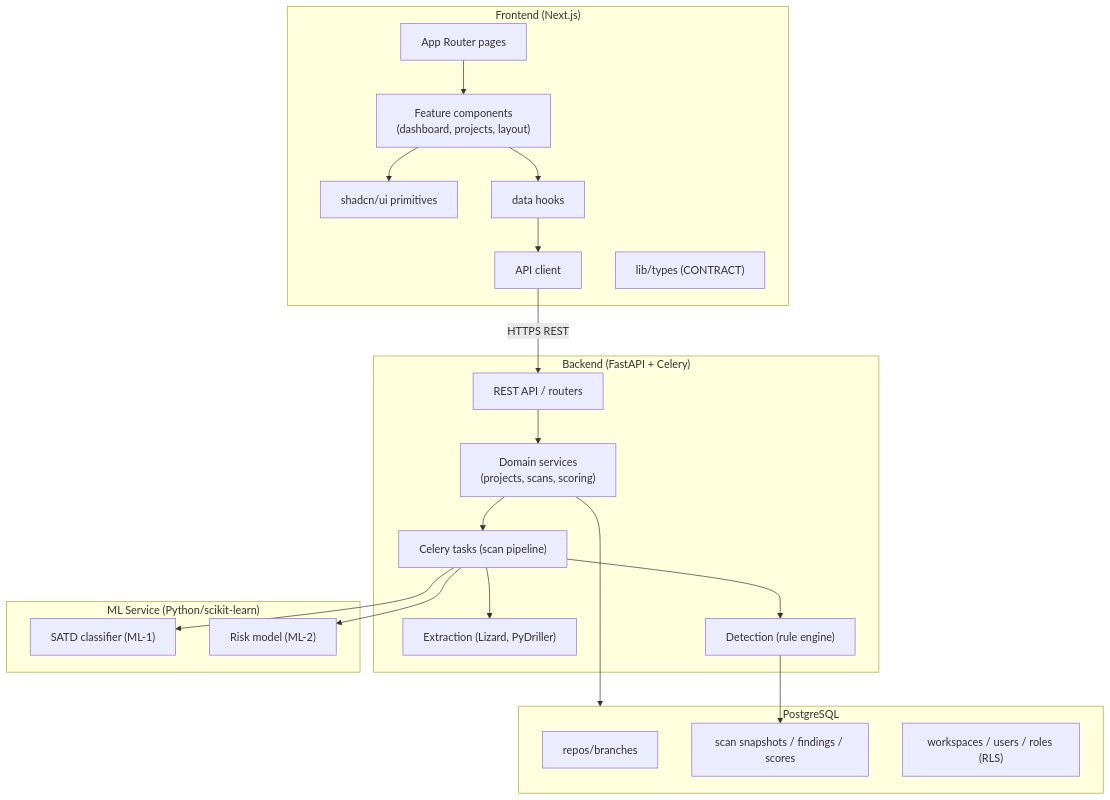
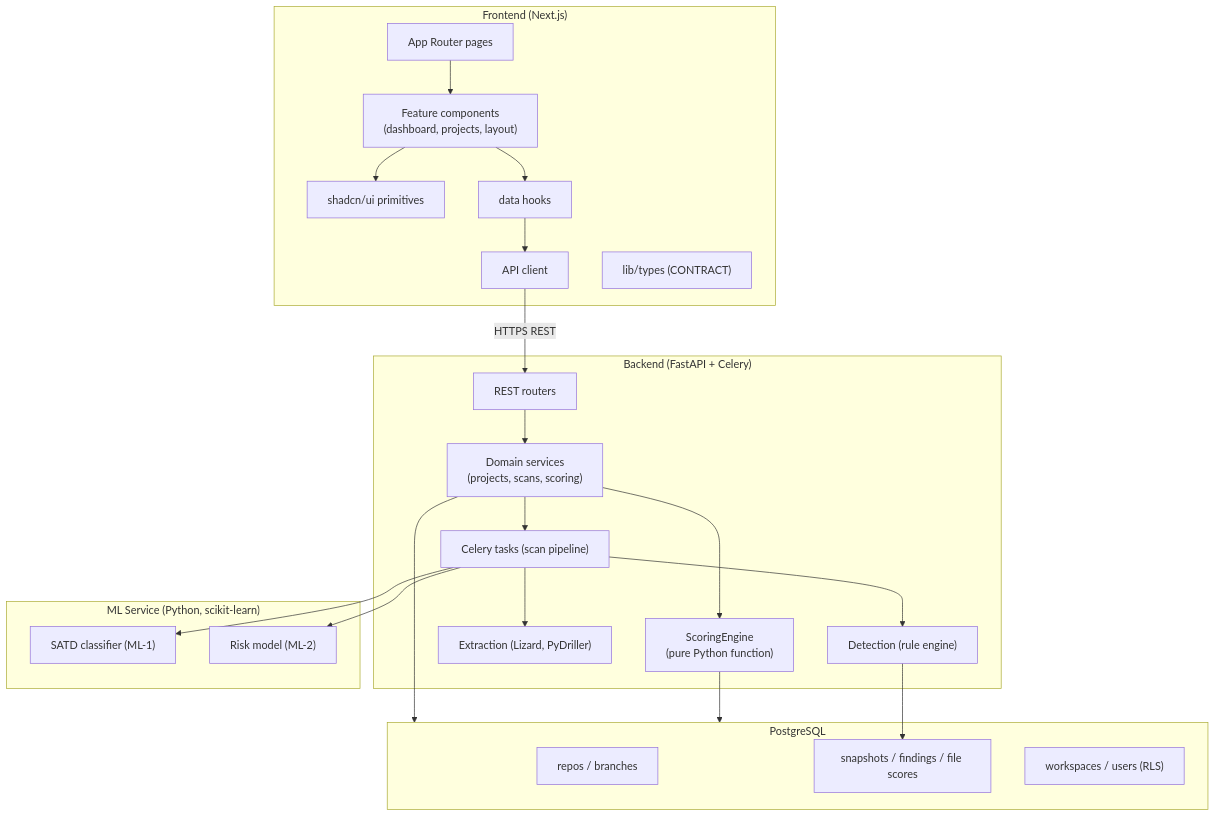
One commit to JPabasara/CodeSage-AI changed the second of 9 diagrams in docs/Deliverables/Software_Architecture_Document.md. Above: the diagram before and after it, drawn with Mermaid. The commit also changed other lines of this file, not shown here.

````diff
--- a/docs/Deliverables/Software_Architecture_Document.md
+++ b/docs/Deliverables/Software_Architecture_Document.md
@@ -180,29 +236,31 @@
 ```mermaid
 flowchart TB
     subgraph FE["Frontend (Next.js)"]
         Pages["App Router pages"] --> Feat["Feature components<br/>(dashboard, projects, layout)"]
         Feat --> UIlib["shadcn/ui primitives"]
         Feat --> Hooks["data hooks"] --> ApiClient["API client"]
         Types["lib/types (CONTRACT)"]
     end
     subgraph BE["Backend (FastAPI + Celery)"]
-        API["REST API / routers"] --> Svc["Domain services<br/>(projects, scans, scoring)"]
+        API["REST routers"] --> Svc["Domain services<br/>(projects, scans, scoring)"]
+        Svc --> Score["ScoringEngine<br/>(pure Python function)"]
         Svc --> Tasks["Celery tasks (scan pipeline)"]
         Tasks --> Extract["Extraction (Lizard, PyDriller)"]
         Tasks --> Detect["Detection (rule engine)"]
     end
-    subgraph MLS["ML Service (Python/scikit-learn)"]
+    subgraph MLS["ML Service (Python, scikit-learn)"]
         SATD["SATD classifier (ML-1)"]
         Risk["Risk model (ML-2)"]
     end
     subgraph DB["PostgreSQL"]
-        Repos["repos/branches"]
-        Snaps["scan snapshots / findings / scores"]
-        Tenants["workspaces / users / roles (RLS)"]
+        Repos["repos / branches"]
+        Snaps["snapshots / findings / file scores"]
+        Tenants["workspaces / users (RLS)"]
     end
     ApiClient -->|HTTPS REST| API
     Detect --> Snaps
     Tasks --> SATD
     Tasks --> Risk
     Svc --> DB
+    Score --> DB
 ```
````
